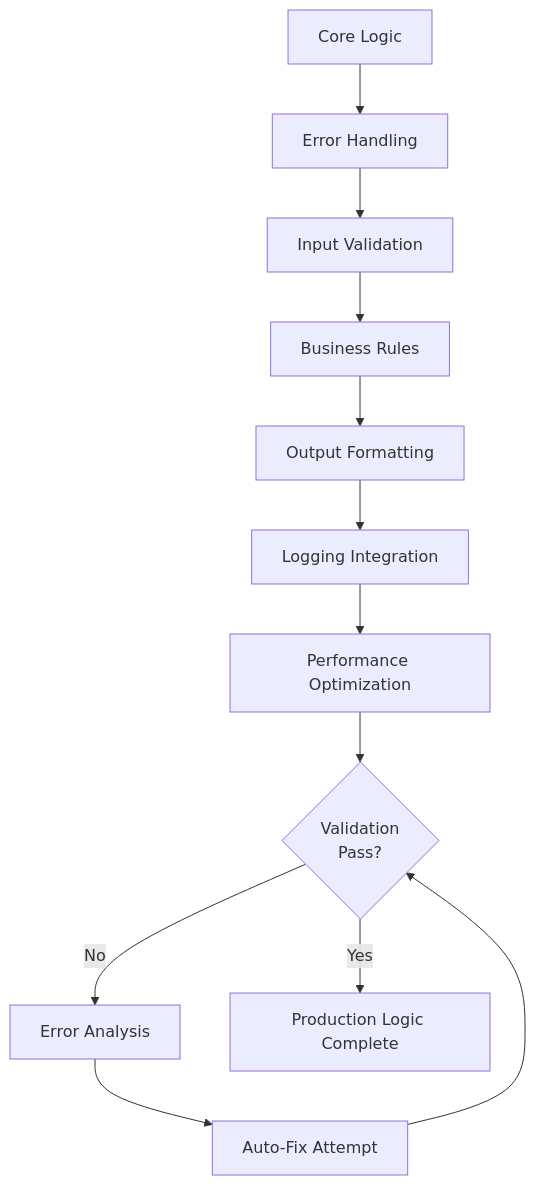
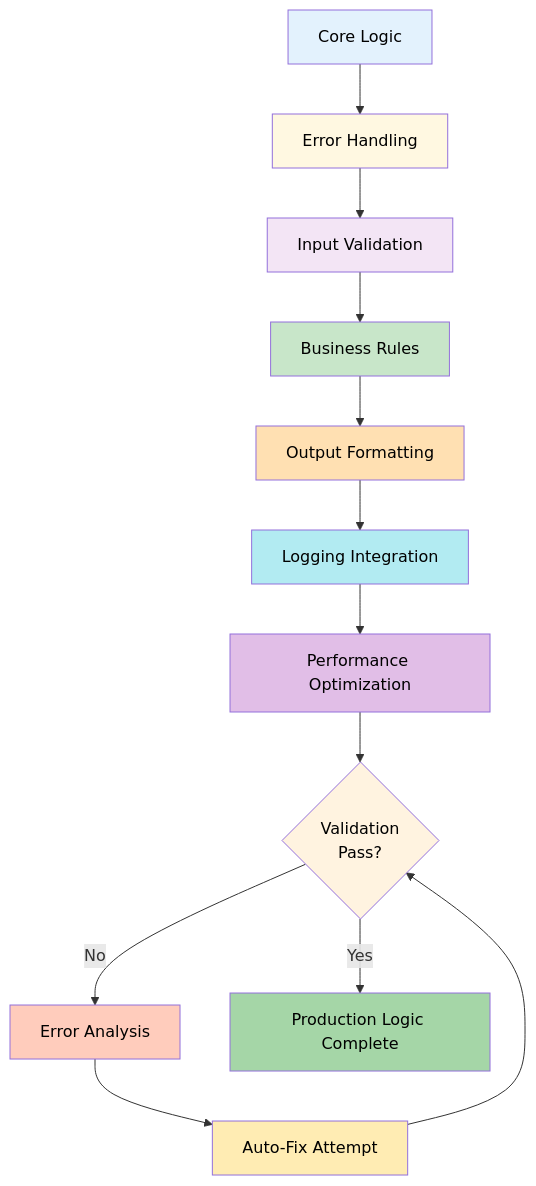
The sixth of 17 diagrams in docs/06-workflow-patterns.md (bprzybys-nc/ctx-eng-plus), drawn with Mermaid before and after one commit. The commit also changed other lines of this file and 8 other files, not shown here.

````diff
--- a/docs/06-workflow-patterns.md
+++ b/docs/06-workflow-patterns.md
@@ -426,15 +489,27 @@
 ```mermaid
 graph TD
     A["Core Logic"] --> B["Error Handling"]
     B --> C["Input Validation"]
     C --> D["Business Rules"]
     D --> E["Output Formatting"]
     E --> F["Logging Integration"]
     F --> G["Performance Optimization"]
 
     G --> H{"Validation<br/>Pass?"}
     H -->|No| I["Error Analysis"]
     I --> J["Auto-Fix Attempt"]
     J --> H
     H -->|Yes| K["Production Logic Complete"]
+
+    style A fill:#e3f2fd,color:#000
+    style B fill:#fff8e1,color:#000
+    style C fill:#f3e5f5,color:#000
+    style D fill:#c8e6c9,color:#000
+    style E fill:#ffe0b2,color:#000
+    style F fill:#b2ebf2,color:#000
+    style G fill:#e1bee7,color:#000
+    style H fill:#fff3e0,color:#000
+    style I fill:#ffccbc,color:#000
+    style J fill:#ffecb3,color:#000
+    style K fill:#a5d6a7,color:#000
 ```
````
